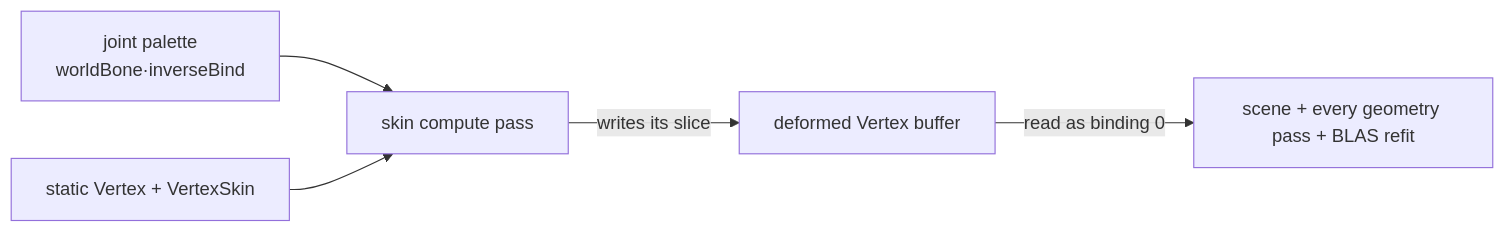
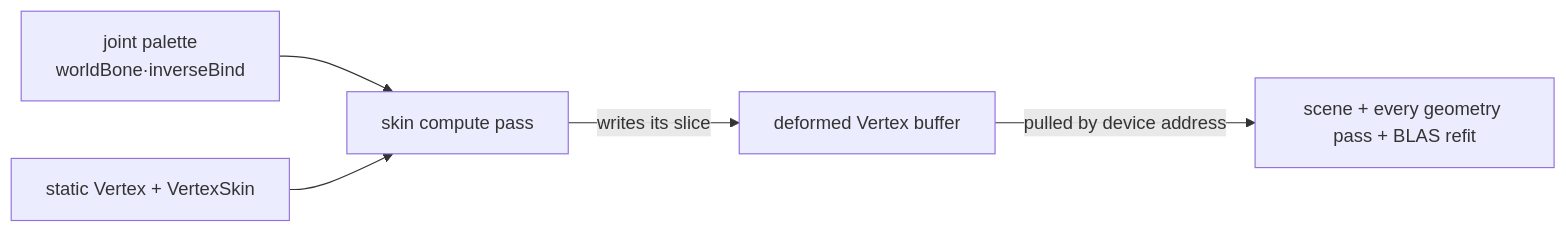
One commit to saffronjam/SaffronEngine changed the diagram in docs/content/explanations/frame-and-render-graph/compute-skinning.md. Above: the diagram before and after it, drawn with Mermaid. The commit also changed other lines of this file and 1 other file, not shown here.

First line of the commit message:
docs: update the deformation pass pages

````diff
--- a/docs/content/explanations/frame-and-render-graph/compute-skinning.md
+++ b/docs/content/explanations/frame-and-render-graph/compute-skinning.md
@@ -23,7 +23,7 @@
 ```mermaid
 flowchart LR
   palette[joint palette<br/>worldBone·inverseBind] --> skin
   static[static Vertex + VertexSkin] --> skin[skin compute pass]
   skin -->|writes its slice| deformed[deformed Vertex buffer]
-  deformed -->|read as binding 0| scene[scene + every geometry pass + BLAS refit]
+  deformed -->|pulled by device address| scene[scene + every geometry pass + BLAS refit]
 ```
````
